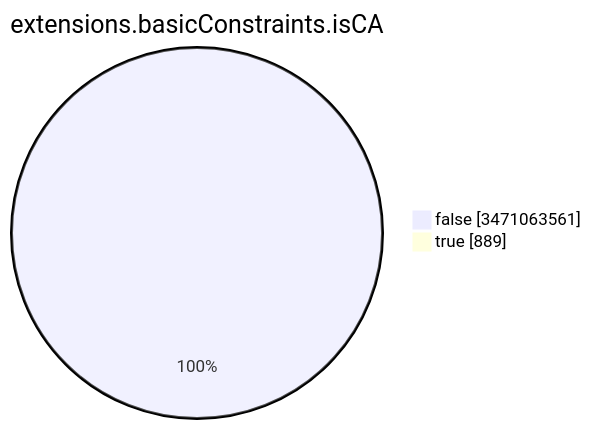
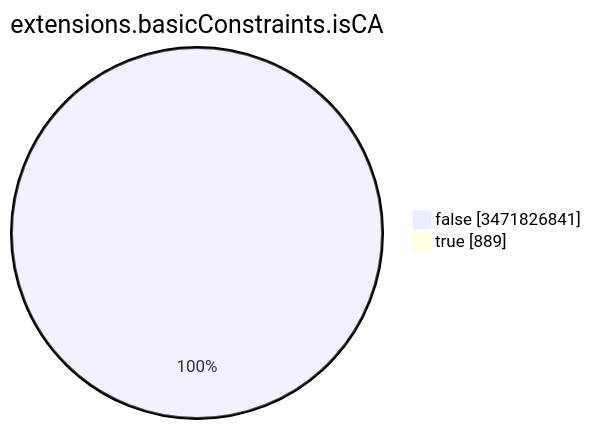
Before and after one commit to christiankrug/ctmonitor_visualization: the seventh of 15 diagrams in TOTAL/README.md, drawn with Mermaid. The commit also changed other lines of this file, not shown here.

````diff
--- a/TOTAL/README.md
+++ b/TOTAL/README.md
@@ -3093,6 +3093,6 @@
 ```mermaid
 pie showData
 title extensions.basicConstraints.isCA
-"false" :3471063561
+"false" :3471826841
 "true" :889
 ```
````
